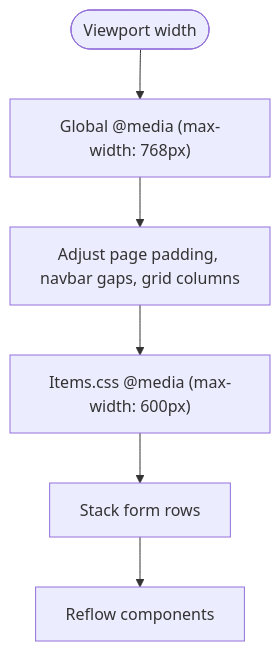
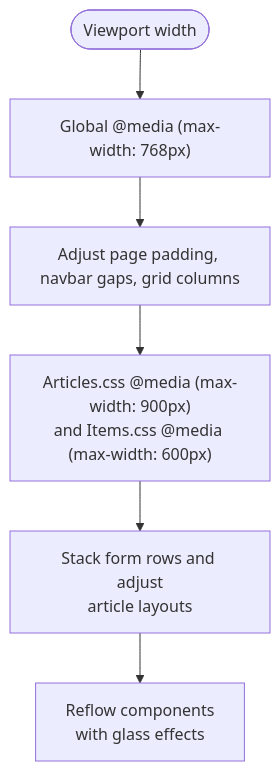
Before and after one commit to ishwarambare/ishwarambare-app: the tenth of 11 diagrams in .qoder/repowiki/en/content/Frontend Architecture/Styling Architecture.md, drawn with Mermaid. The commit also changed other lines of this file and 10 other files, not shown here.

````diff
--- a/.qoder/repowiki/en/content/Frontend Architecture/Styling Architecture.md
+++ b/.qoder/repowiki/en/content/Frontend Architecture/Styling Architecture.md
@@ -335,8 +400,8 @@
 ```mermaid
 flowchart TD
 MStart(["Viewport width"]) --> MQ["Global @media (max-width: 768px)"]
 MQ --> Adjust["Adjust page padding, navbar gaps, grid columns"]
-Adjust --> PageMQ["Items.css @media (max-width: 600px)"]
-PageMQ --> FormStack["Stack form rows"]
-FormStack --> Render["Reflow components"]
+Adjust --> PageMQ["Articles.css @media (max-width: 900px)<br/>and Items.css @media (max-width: 600px)"]
+PageMQ --> FormStack["Stack form rows and adjust<br/>article layouts"]
+FormStack --> Render["Reflow components<br/>with glass effects"]
 ```
````
